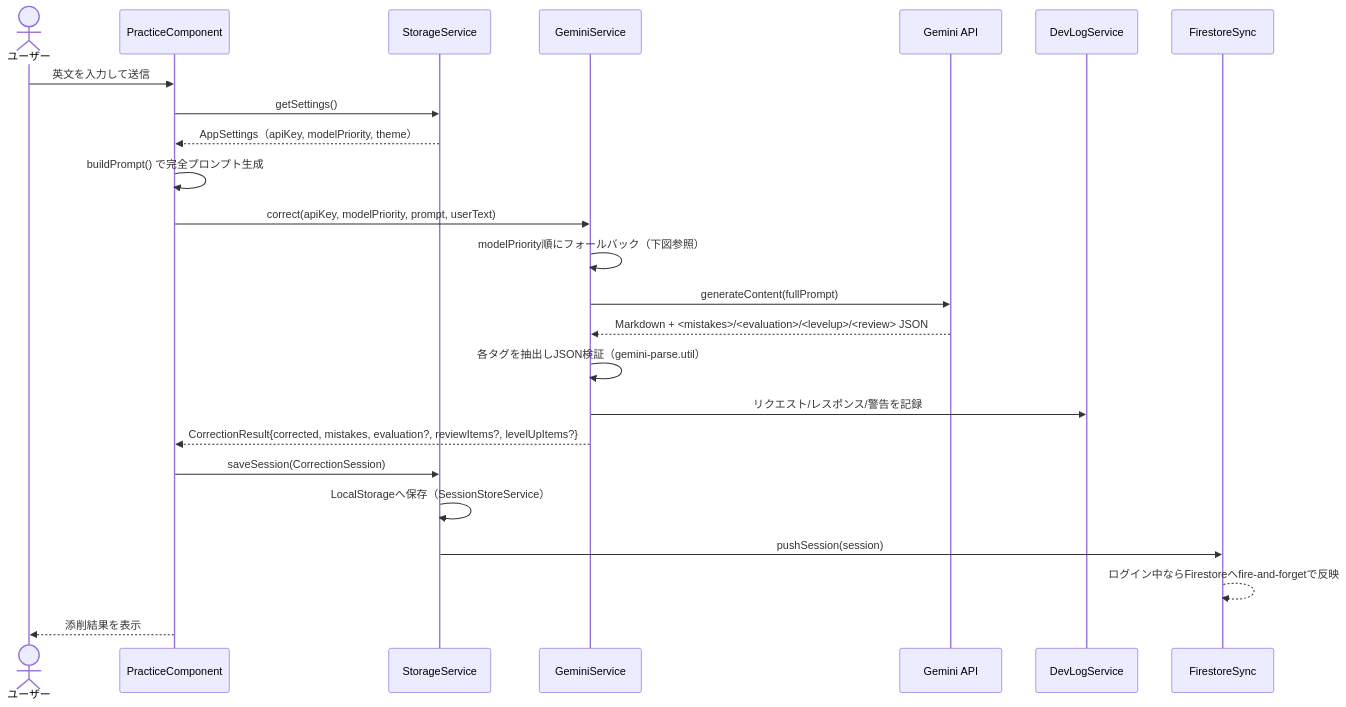
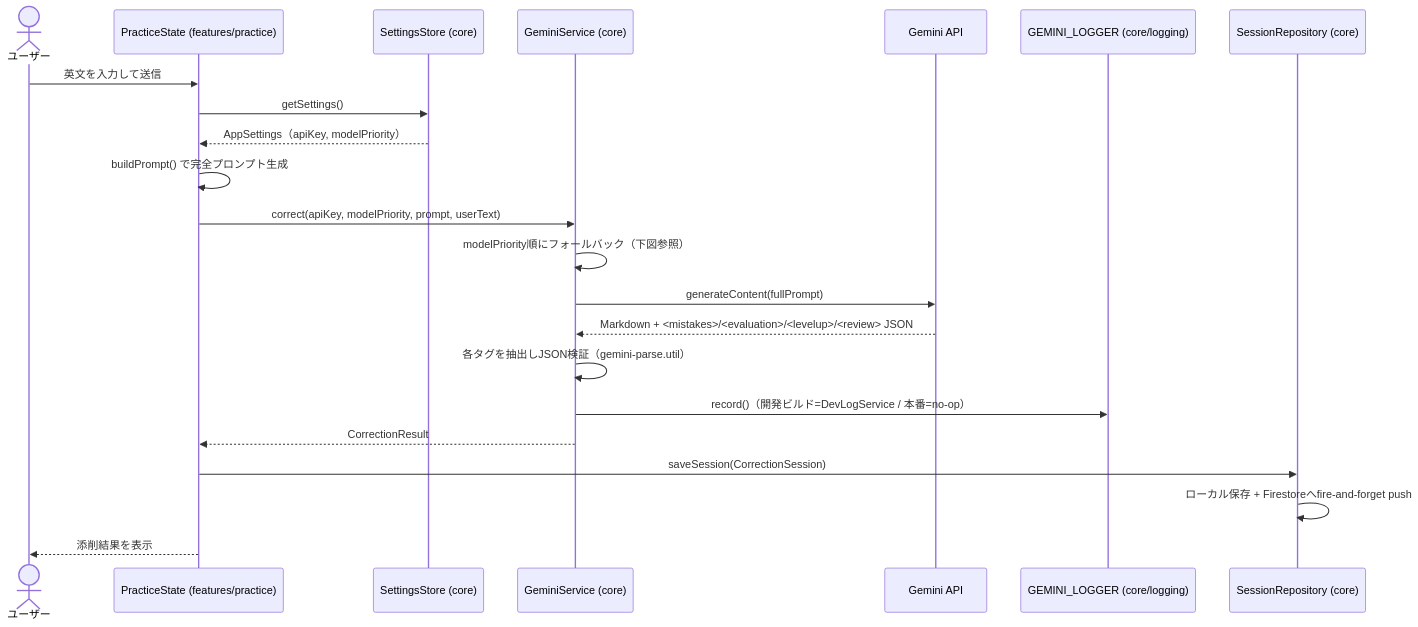
Before and after one commit to rmatsuo-jp/eibun-lab: the third of 10 diagrams in ARCHITECTURE.md, drawn with Mermaid. The commit also changed other lines of this file and 82 other files, not shown here.

First line of the commit message:
refactor: core/features/shared の3層構成へ再編し StorageService ファサードを解体

````diff
--- a/ARCHITECTURE.md
+++ b/ARCHITECTURE.md
@@ -87,27 +91,25 @@
 ```mermaid
 sequenceDiagram
     actor User as ユーザー
-    participant P as PracticeComponent
-    participant S as StorageService
-    participant G as GeminiService
+    participant P as PracticeState (features/practice)
+    participant SS as SettingsStore (core)
+    participant G as GeminiService (core)
     participant API as Gemini API
-    participant DL as DevLogService
-    participant FS as FirestoreSync
+    participant L as GEMINI_LOGGER (core/logging)
+    participant R as SessionRepository (core)
 
     User->>P: 英文を入力して送信
-    P->>S: getSettings()
-    S-->>P: AppSettings（apiKey, modelPriority, theme）
+    P->>SS: getSettings()
+    SS-->>P: AppSettings（apiKey, modelPriority）
     P->>P: buildPrompt() で完全プロンプト生成
     P->>G: correct(apiKey, modelPriority, prompt, userText)
     G->>G: modelPriority順にフォールバック（下図参照）
     G->>API: generateContent(fullPrompt)
     API-->>G: Markdown + <mistakes>/<evaluation>/<levelup>/<review> JSON
     G->>G: 各タグを抽出しJSON検証（gemini-parse.util）
-    G->>DL: リクエスト/レスポンス/警告を記録
-    G-->>P: CorrectionResult{corrected, mistakes, evaluation?, reviewItems?, levelUpItems?}
-    P->>S: saveSession(CorrectionSession)
-    S->>S: LocalStorageへ保存（SessionStoreService）
-    S->>FS: pushSession(session)
-    FS-->>FS: ログイン中ならFirestoreへfire-and-forgetで反映
+    G->>L: record()（開発ビルド=DevLogService / 本番=no-op）
+    G-->>P: CorrectionResult
+    P->>R: saveSession(CorrectionSession)
+    R->>R: ローカル保存 + Firestoreへfire-and-forget push
     P-->>User: 添削結果を表示
 ```
````
